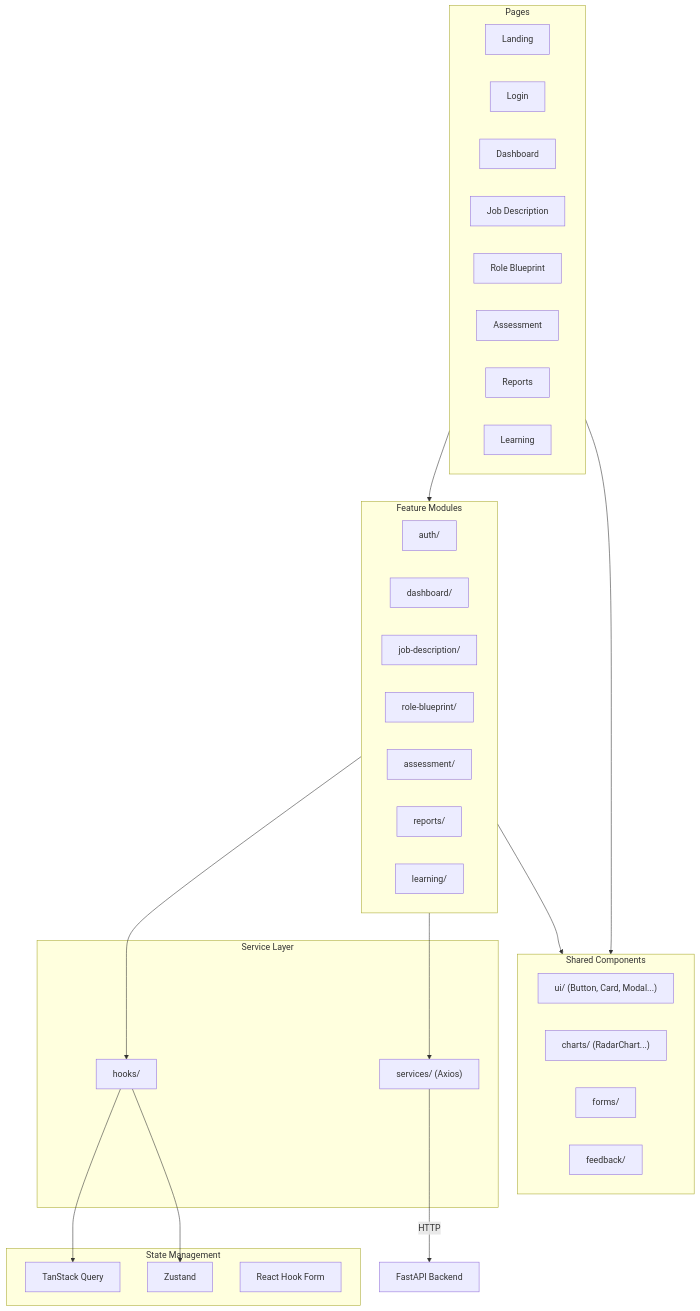
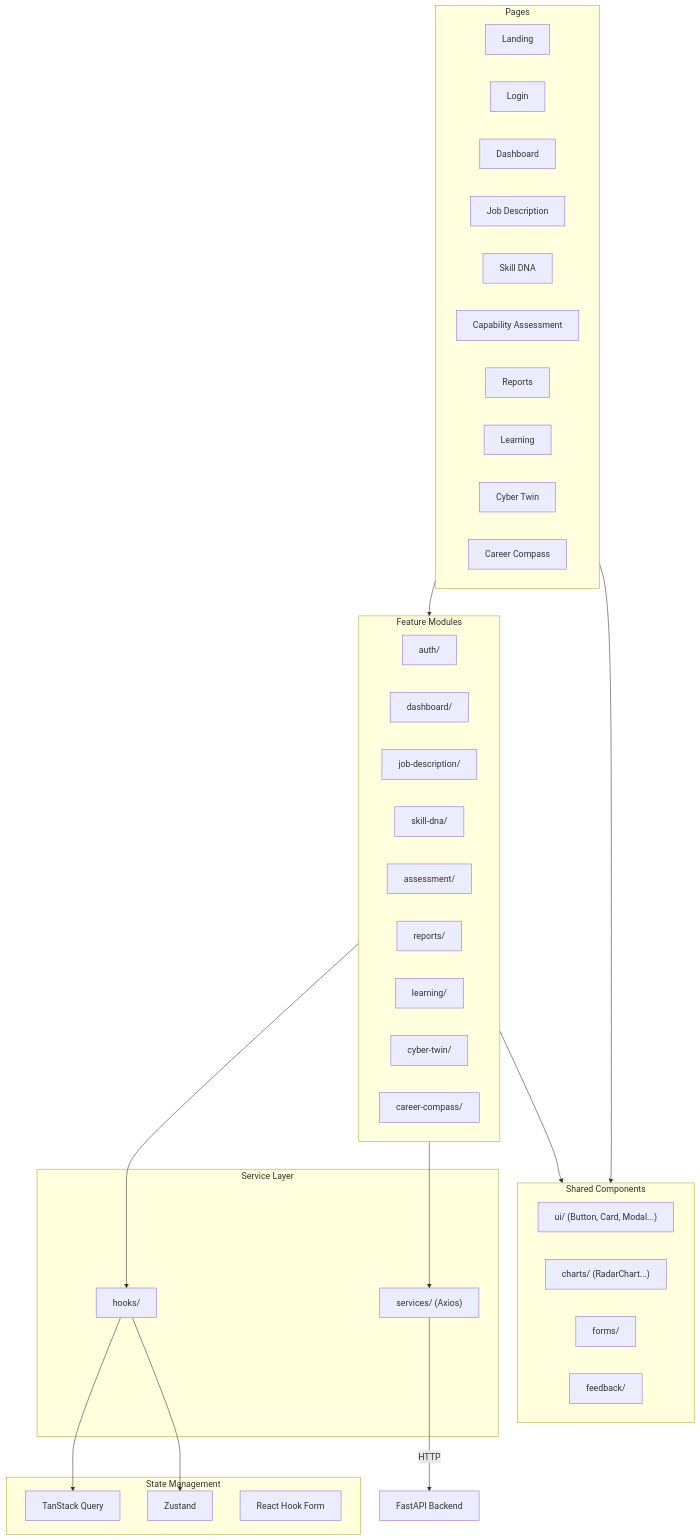
The diagram in frontend/README.md (BL4CK-0PS/AegisIQ), drawn with Mermaid before and after one commit. The commit also changed other lines of this file and 88 other files, not shown here.

First line of the commit message:
docs: enhance all 40 docs with Mermaid diagrams and Related Documents

````diff
--- a/frontend/README.md
+++ b/frontend/README.md
@@ -14,46 +14,50 @@
 ```mermaid
 flowchart TD
     subgraph Pages["Pages"]
         LP["Landing"]
         LG["Login"]
         DB["Dashboard"]
         JD["Job Description"]
-        RB["Role Blueprint"]
-        AS["Assessment"]
+        SD["Skill DNA"]
+        AS["Capability Assessment"]
         RP["Reports"]
         LN["Learning"]
+        CT["Cyber Twin"]
+        CC["Career Compass"]
     end
     subgraph Features["Feature Modules"]
         FA["auth/"]
         FD["dashboard/"]
         FJ["job-description/"]
-        FR["role-blueprint/"]
+        FS["skill-dna/"]
         FAS["assessment/"]
         FRP["reports/"]
         FL["learning/"]
+        FC["cyber-twin/"]
+        FCP["career-compass/"]
     end
     subgraph Shared["Shared Components"]
         UI["ui/ (Button, Card, Modal...)"]
         CH["charts/ (RadarChart...)"]
         FM["forms/"]
         FB["feedback/"]
     end
     subgraph Services["Service Layer"]
         HO["hooks/"]
         API["services/ (Axios)"]
     end
     subgraph State["State Management"]
         TQ["TanStack Query"]
         ZH["Zustand"]
         RHF["React Hook Form"]
     end
 
     Pages --> Features
     Pages --> Shared
     Features --> Shared
     Features --> HO
     Features --> API
     HO --> TQ
     HO --> ZH
     API -->|"HTTP"| BE["FastAPI Backend"]
 ```
````
